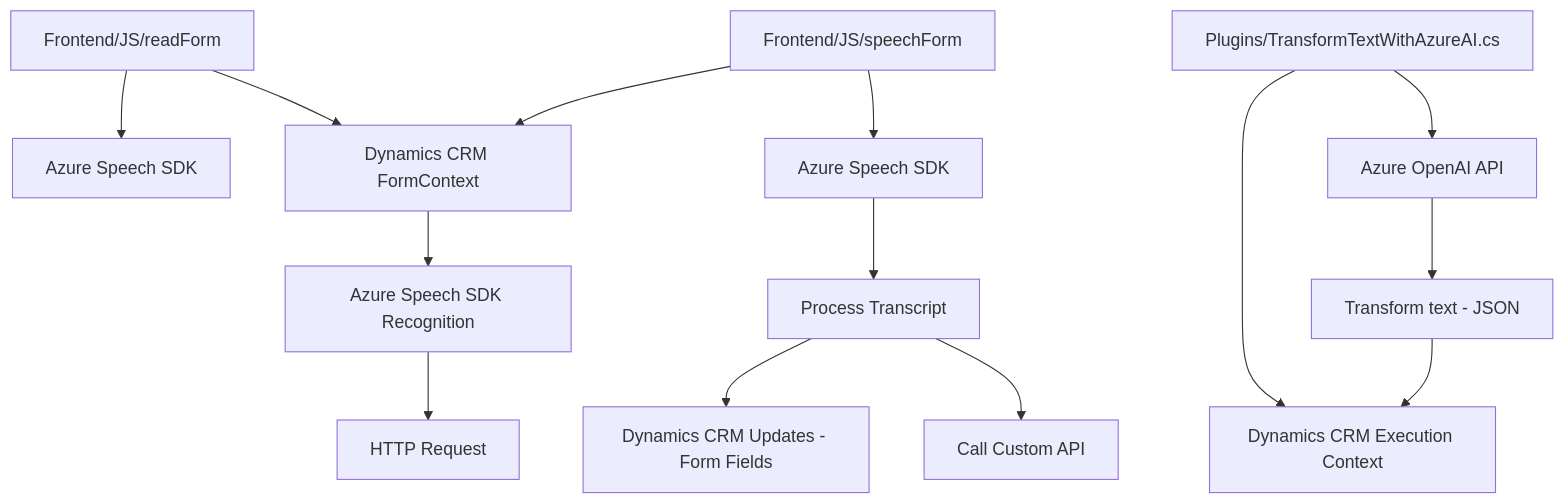
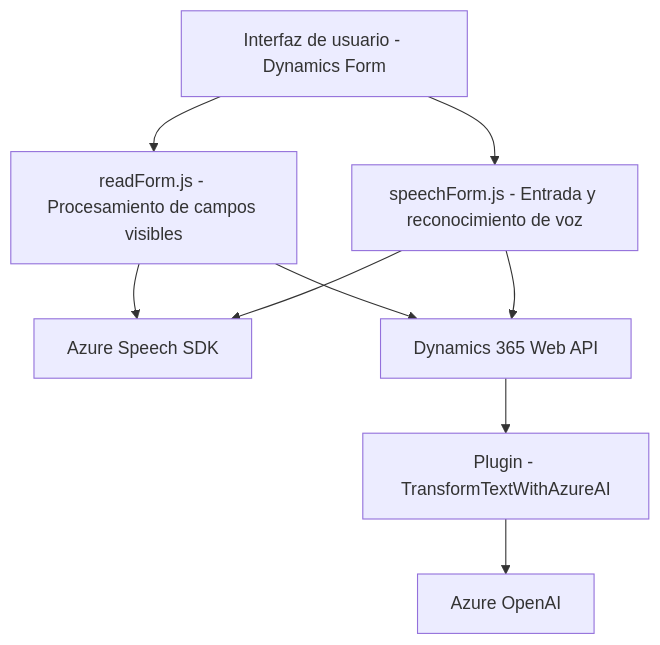
One commit to blopezdm/NETCORE_BILBAO2025 changed the diagram in README.md. Above: the diagram before and after it, drawn with Mermaid. The commit also changed other lines of this file, not shown here.

````diff
--- a/README.md
+++ b/README.md
@@ -49,17 +40,19 @@
 ```mermaid
 graph TD
-    A["Frontend/JS/readForm"] --> B["Azure Speech SDK"]
-    A --> C["Dynamics CRM FormContext"]
-    C --> D["Azure Speech SDK Recognition"]
-    D --> E["HTTP Request"]
-    F["Frontend/JS/speechForm"] --> G["Azure Speech SDK"]
-    F --> C
-    G --> H["Process Transcript"]
-    H --> J["Dynamics CRM Updates - Form Fields"]
-    H --> K["Call Custom API"]
+    A["Interfaz de usuario - Dynamics Form"]
+    B["readForm.js - Procesamiento de campos visibles"]
+    C["speechForm.js - Entrada y reconocimiento de voz"]
+    D["Azure Speech SDK"]
+    E["Dynamics 365 Web API"]
+    F["Plugin - TransformTextWithAzureAI"]
+    G["Azure OpenAI"]
 
-    L["Plugins/TransformTextWithAzureAI.cs"] --> M["Dynamics CRM Execution Context"]
-    L --> N["Azure OpenAI API"]
-    N --> O["Transform text - JSON"]
-    O --> M
+    A --> B
+    A --> C
+    B --> D
+    C --> D
+    B --> E
+    C --> E
+    E --> F
+    F --> G
 ```
````
